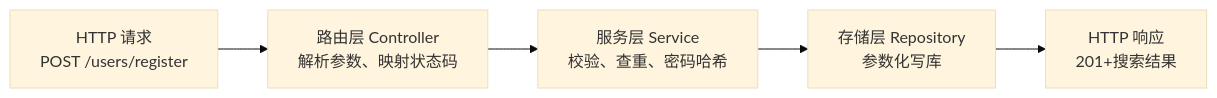
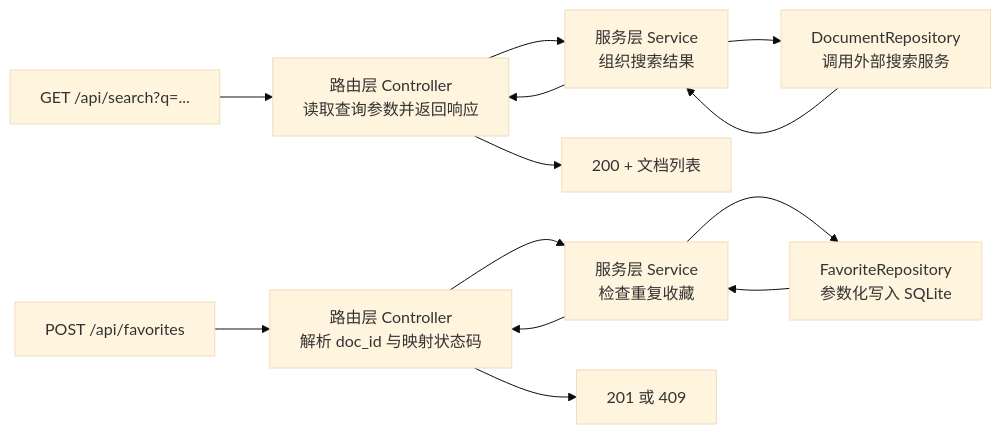
Before and after one commit to a76854/eng-practice-book: the diagram in book/backend_development/backend_synthesis/index.md, drawn with Mermaid (base theme). The commit also changed 11 other files, not shown here.

````diff
--- a/book/backend_development/backend_synthesis/index.md
+++ b/book/backend_development/backend_synthesis/index.md
@@ -11,7 +11,15 @@
 ```{mermaid}
 flowchart LR
-    A["HTTP 请求<br/>POST /users/register"] --> C["路由层 Controller<br/>解析参数、映射状态码"]
-    C --> S["服务层 Service<br/>校验、查重、密码哈希"]
-    S --> R["存储层 Repository<br/>参数化写库"]
-    R --> E["HTTP 响应<br/>201+搜索结果"]
+    A["GET /api/search?q=..."] --> C["路由层 Controller<br/>读取查询参数并返回响应"]
+    C --> S["服务层 Service<br/>组织搜索结果"]
+    S --> R["DocumentRepository<br/>调用外部搜索服务"]
+    R --> S
+    S --> C
+    C --> E["200 + 文档列表"]
+    F["POST /api/favorites"] --> G["路由层 Controller<br/>解析 doc_id 与映射状态码"]
+    G --> H["服务层 Service<br/>检查重复收藏"]
+    H --> I["FavoriteRepository<br/>参数化写入 SQLite"]
+    I --> H
+    H --> G
+    G --> J["201 或 409"]
 ```
````
